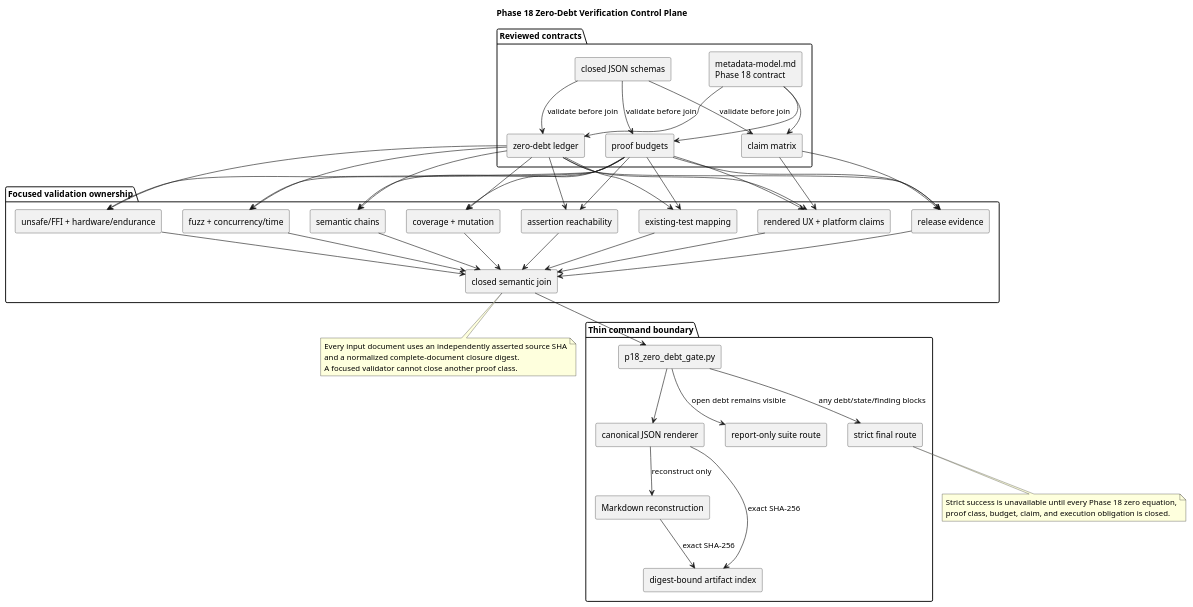
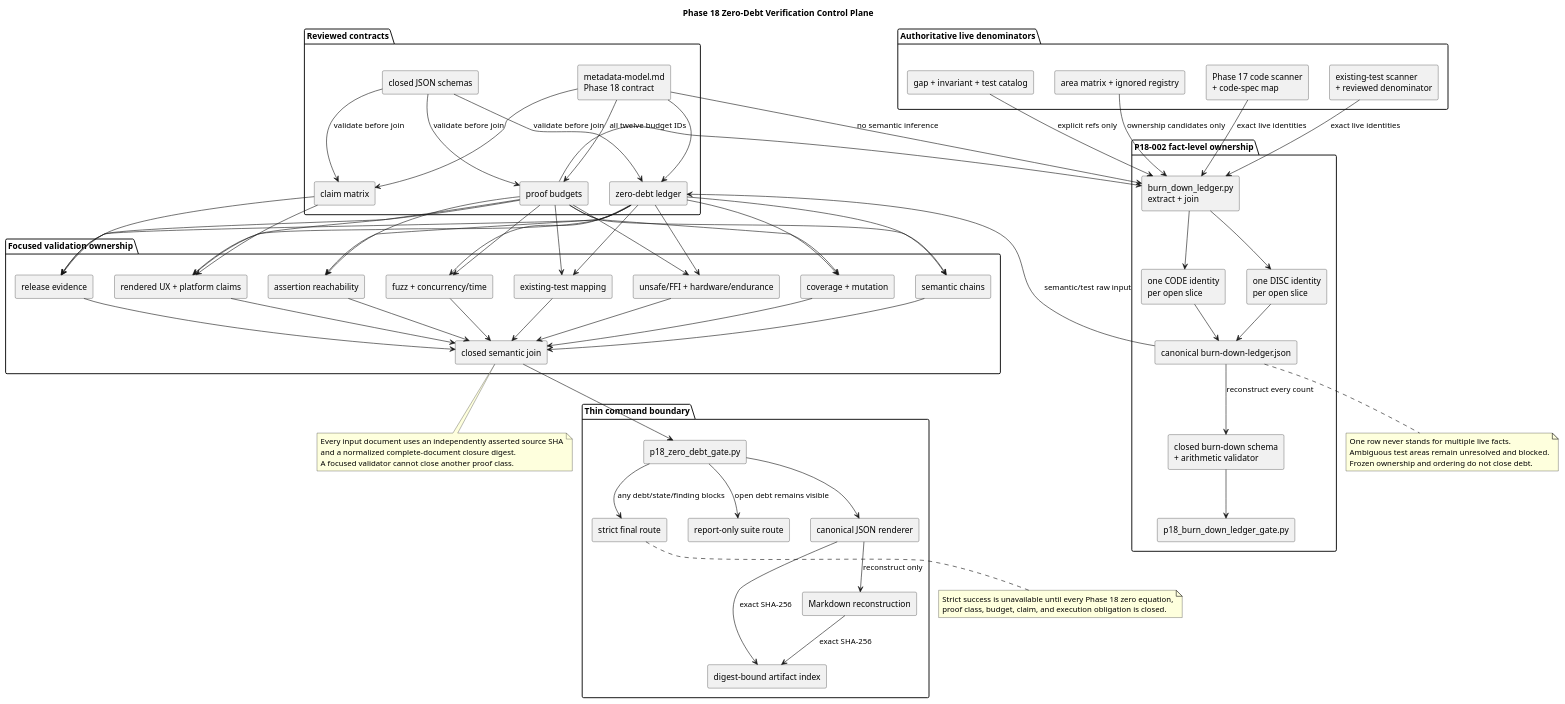
One commit to johannesPettersson80/trust-platform changed the diagram in docs/diagrams/architecture/verification-p18-zero-debt.puml. Above: the diagram before and after it, drawn with PlantUML. The commit also changed 13 other files, not shown here.

Commit message:
Build the fact-level verification burn-down ledger

```diff
--- a/docs/diagrams/architecture/verification-p18-zero-debt.puml
+++ b/docs/diagrams/architecture/verification-p18-zero-debt.puml
@@ -1,89 +1,125 @@
 @startuml
 title Phase 18 Zero-Debt Verification Control Plane
 
 skinparam componentStyle rectangle
 skinparam shadowing false
 
 package "Reviewed contracts" {
   [metadata-model.md\nPhase 18 contract] as Spec
   [zero-debt ledger] as Ledger
   [proof budgets] as Budgets
   [claim matrix] as Claims
   [closed JSON schemas] as Schemas
+}
+
+package "Authoritative live denominators" {
+  [Phase 17 code scanner\n+ code-spec map] as CodeFacts
+  [existing-test scanner\n+ reviewed denominator] as TestFacts
+  [gap + invariant + test catalog] as Metadata
+  [area matrix + ignored registry] as Routing
+}
+
+package "P18-002 fact-level ownership" {
+  [burn_down_ledger.py\nextract + join] as BurnProducer
+  [closed burn-down schema\n+ arithmetic validator] as BurnValidator
+  [one CODE identity\nper open slice] as CodeSlices
+  [one DISC identity\nper open slice] as TestSlices
+  [canonical burn-down-ledger.json] as BurnArtifact
+  [p18_burn_down_ledger_gate.py] as BurnCLI
 }
 
 package "Focused validation ownership" {
   [semantic chains] as Semantic
   [existing-test mapping] as TestMapping
   [assertion reachability] as Reachability
   [coverage + mutation] as Adequacy
   [fuzz + concurrency/time] as Dynamic
   [unsafe/FFI + hardware/endurance] as Native
   [rendered UX + platform claims] as Environment
   [release evidence] as Release
   [closed semantic join] as Join
 }
 
 package "Thin command boundary" {
   [p18_zero_debt_gate.py] as CLI
   [canonical JSON renderer] as Json
   [Markdown reconstruction] as Markdown
   [digest-bound artifact index] as Index
   [report-only suite route] as ReportRoute
   [strict final route] as StrictRoute
 }
 
 Spec --> Ledger
 Spec --> Budgets
 Spec --> Claims
 Schemas --> Ledger : validate before join
 Schemas --> Budgets : validate before join
 Schemas --> Claims : validate before join
+
+CodeFacts --> BurnProducer : exact live identities
+TestFacts --> BurnProducer : exact live identities
+Metadata --> BurnProducer : explicit refs only
+Routing --> BurnProducer : ownership candidates only
+Budgets --> BurnProducer : all twelve budget IDs
+Spec --> BurnProducer : no semantic inference
+BurnProducer --> CodeSlices
+BurnProducer --> TestSlices
+CodeSlices --> BurnArtifact
+TestSlices --> BurnArtifact
+BurnArtifact --> BurnValidator : reconstruct every count
+BurnValidator --> BurnCLI
+BurnArtifact --> Ledger : semantic/test raw input
 
 Ledger --> Semantic
 Ledger --> TestMapping
 Ledger --> Reachability
 Ledger --> Adequacy
 Ledger --> Dynamic
 Ledger --> Native
 Ledger --> Environment
 Ledger --> Release
 Budgets --> Semantic
 Budgets --> TestMapping
 Budgets --> Reachability
 Budgets --> Adequacy
 Budgets --> Dynamic
 Budgets --> Native
 Budgets --> Environment
 Budgets --> Release
 Claims --> Environment
 Claims --> Release
 
 Semantic --> Join
 TestMapping --> Join
 Reachability --> Join
 Adequacy --> Join
 Dynamic --> Join
 Native --> Join
 Environment --> Join
 Release --> Join
 Join --> CLI
 CLI --> Json
 Json --> Markdown : reconstruct only
 Json --> Index : exact SHA-256
 Markdown --> Index : exact SHA-256
 CLI --> ReportRoute : open debt remains visible
 CLI --> StrictRoute : any debt/state/finding blocks
 
 note bottom of Join
   Every input document uses an independently asserted source SHA
   and a normalized complete-document closure digest.
   A focused validator cannot close another proof class.
 end note
 
+note bottom of BurnArtifact
+  One row never stands for multiple live facts.
+  Ambiguous test areas remain unresolved and blocked.
+  Frozen ownership and ordering do not close debt.
+end note
+
 note bottom of StrictRoute
   Strict success is unavailable until every Phase 18 zero equation,
   proof class, budget, claim, and execution obligation is closed.
 end note
 
 @enduml
```
